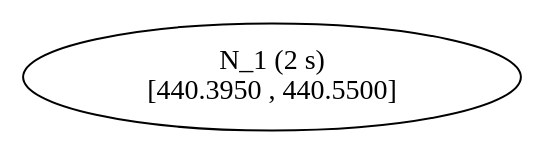
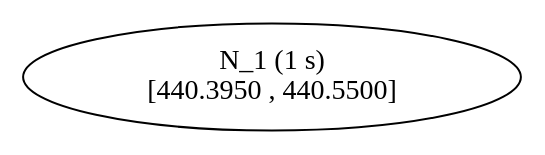
The diagram in previews/PR667/start/tree2.dot (atoptima/Coluna.jl), drawn with Graphviz before and after one commit. The commit also changed 11 other files, not shown here.

```diff
--- a/previews/PR667/start/tree2.dot
+++ b/previews/PR667/start/tree2.dot
@@ -1,6 +1,6 @@
 ## dot -Tpdf thisfile > thisfile.pdf 
 
 digraph Branching_Tree {
 	edge[fontname = "Courier", fontsize = 10];
-	n1 [label= "N_1 (2 s) \n[440.3950 , 440.5500]"];
+	n1 [label= "N_1 (1 s) \n[440.3950 , 440.5500]"];
 }
```
